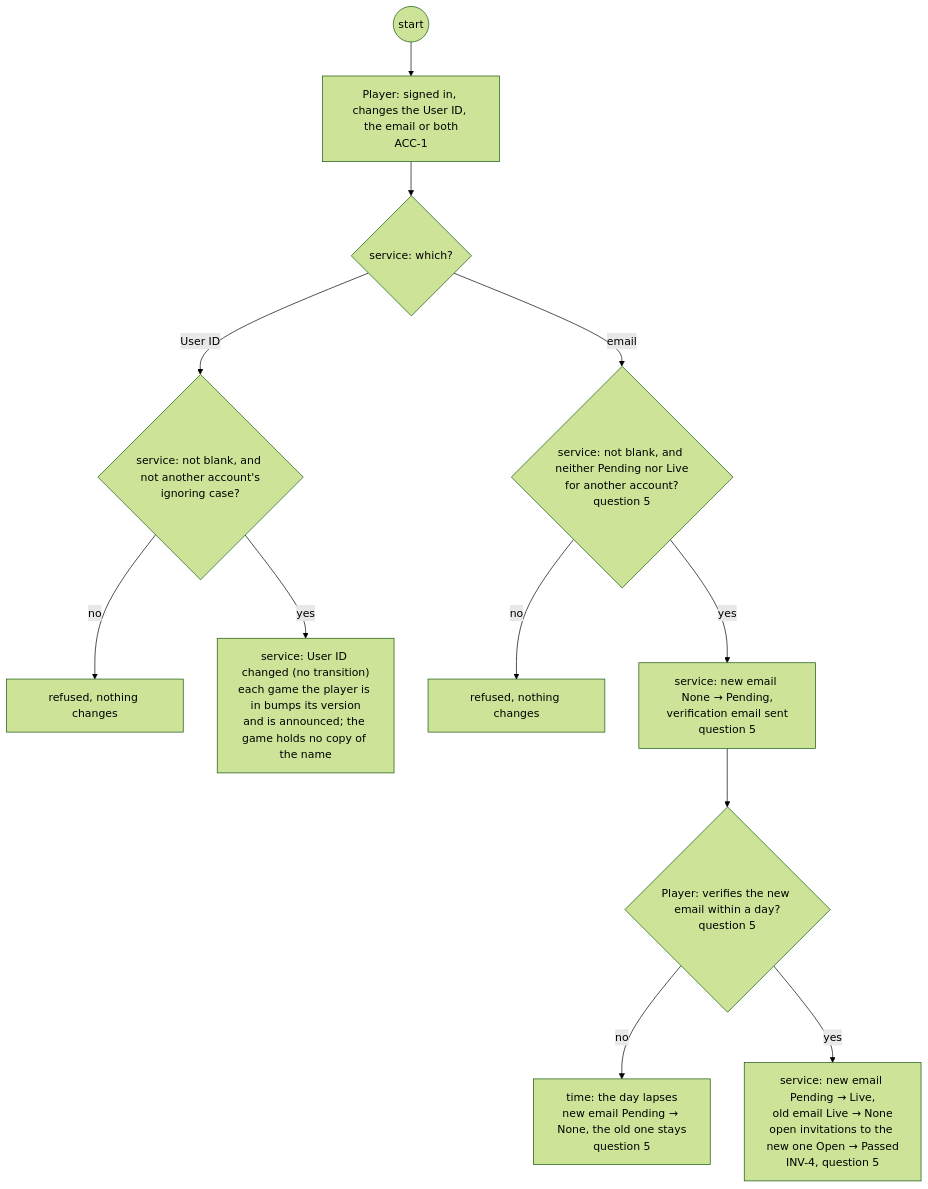
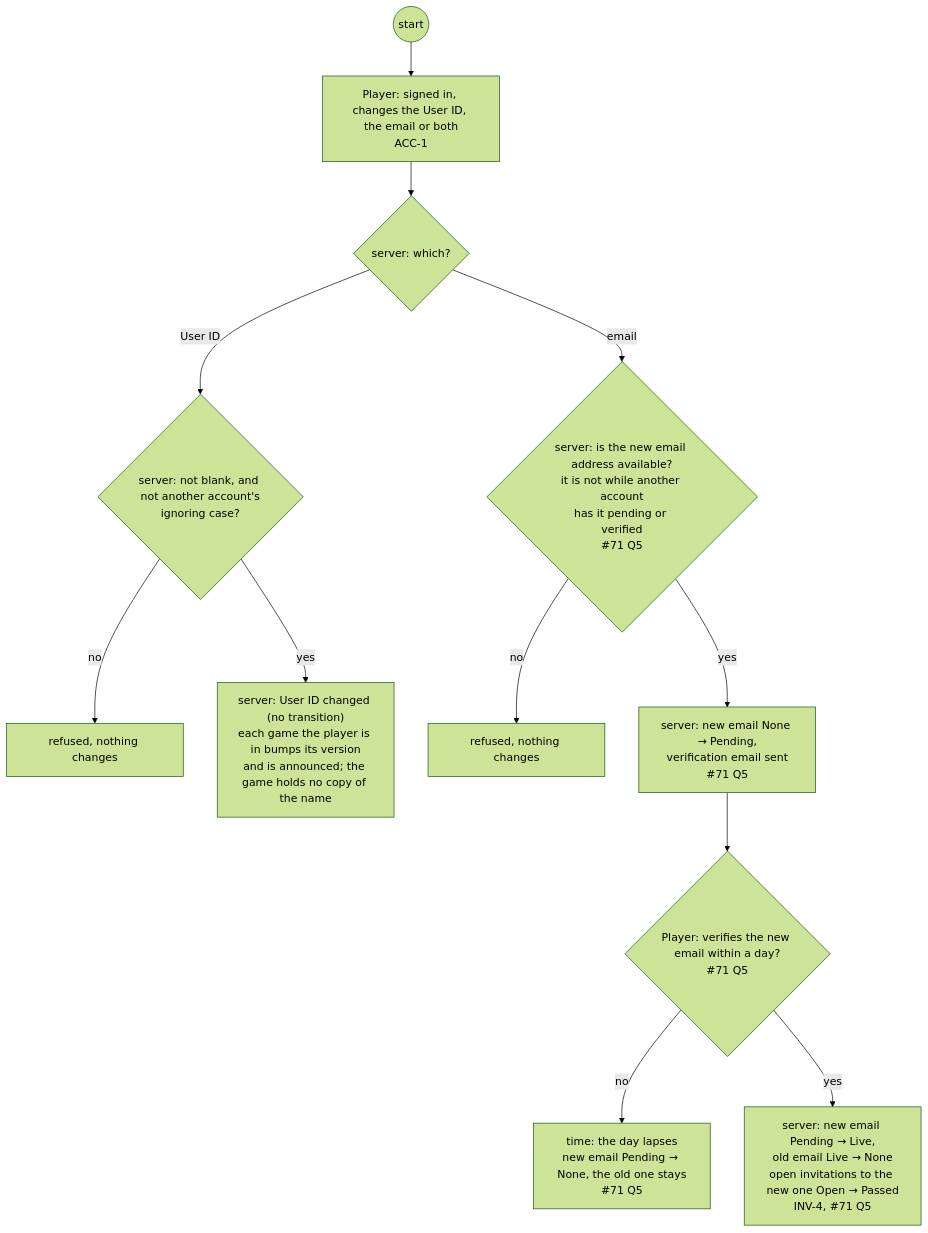
Before and after one commit to delphside/programme: the fourth of 29 diagrams in docs/changes/workstreams/application-game-architecture/71-one-game-model/71-functional.md, drawn with Mermaid (forest theme). The commit also changed other lines of this file, not shown here.

First line of the commit message:
app 0.9.2 api 2.16: 71: Tile Lite Elite Server, server steps, and question references name #71

````diff
--- a/docs/changes/workstreams/application-game-architecture/71-one-game-model/71-functional.md
+++ b/docs/changes/workstreams/application-game-architecture/71-one-game-model/71-functional.md
@@ -128,14 +128,14 @@
 ```mermaid
 flowchart TD
   s0((start)) --> p1["Player: signed in, changes the User ID, the email or both<br/>ACC-1"]
-  p1 --> d0{"service: which?"}
-  d0 -- "User ID" --> v1{"service: not blank, and not another account's<br/>ignoring case?"}
+  p1 --> d0{"server: which?"}
+  d0 -- "User ID" --> v1{"server: not blank, and not another account's<br/>ignoring case?"}
   v1 -- no --> r1["refused, nothing changes"]
-  v1 -- yes --> t1["service: User ID changed (no transition)<br/>each game the player is in bumps its version<br/>and is announced; the game holds no copy of the name"]
-  d0 -- "email" --> v2{"service: not blank, and neither Pending nor Live<br/>for another account?<br/>question 5"}
+  v1 -- yes --> t1["server: User ID changed (no transition)<br/>each game the player is in bumps its version<br/>and is announced; the game holds no copy of the name"]
+  d0 -- "email" --> v2{"server: is the new email address available?<br/>it is not while another account<br/>has it pending or verified<br/>#71 Q5"}
   v2 -- no --> r2["refused, nothing changes"]
-  v2 -- yes --> t2["service: new email None → Pending,<br/>verification email sent<br/>question 5"]
-  t2 --> d1{"Player: verifies the new email within a day?<br/>question 5"}
-  d1 -- no --> t3["time: the day lapses<br/>new email Pending → None, the old one stays<br/>question 5"]
-  d1 -- yes --> t4["service: new email Pending → Live,<br/>old email Live → None<br/>open invitations to the new one Open → Passed<br/>INV-4, question 5"]
+  v2 -- yes --> t2["server: new email None → Pending,<br/>verification email sent<br/>#71 Q5"]
+  t2 --> d1{"Player: verifies the new email within a day?<br/>#71 Q5"}
+  d1 -- no --> t3["time: the day lapses<br/>new email Pending → None, the old one stays<br/>#71 Q5"]
+  d1 -- yes --> t4["server: new email Pending → Live,<br/>old email Live → None<br/>open invitations to the new one Open → Passed<br/>INV-4, #71 Q5"]
 ```
````
